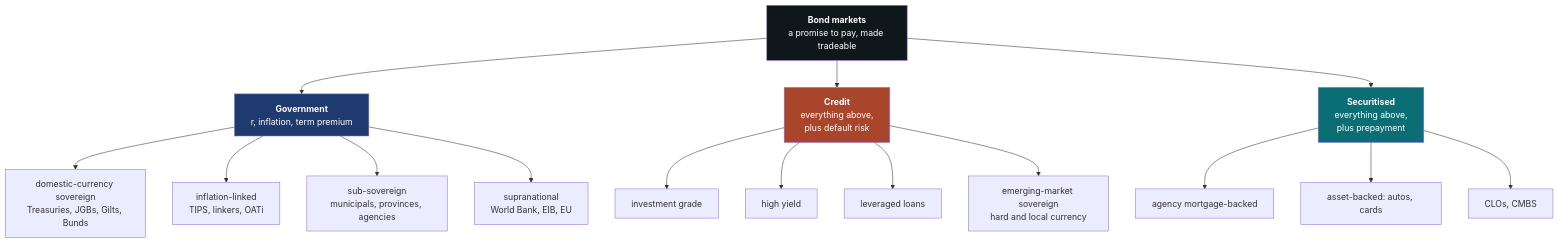
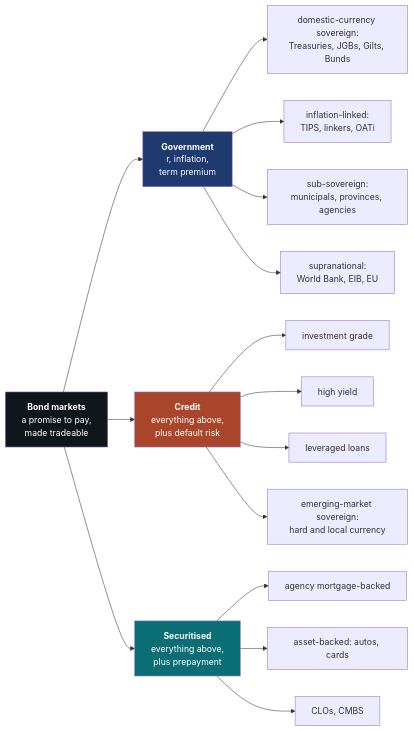
Before and after one commit to rmahfoud/quant-research: the third of 6 diagrams in bond_markets.md, drawn with Mermaid. The commit also changed other lines of this file and 19 other files, not shown here.

````diff
--- a/bond_markets.md
+++ b/bond_markets.md
@@ -798,22 +803,22 @@
 ```mermaid
-flowchart TB
-    ROOT["<b>Bond markets</b><br/>a promise to pay, made tradeable"]
-    ROOT --> GOV["<b>Government</b><br/>r, inflation, term premium"]
+flowchart LR
+    ROOT["<b>Bond markets</b><br/>a promise to pay,<br/>made tradeable"]
+    ROOT --> GOV["<b>Government</b><br/>r, inflation,<br/>term premium"]
     ROOT --> CRED["<b>Credit</b><br/>everything above,<br/>plus default risk"]
     ROOT --> STRUCT["<b>Securitised</b><br/>everything above,<br/>plus prepayment"]
-    GOV --> G1["domestic-currency sovereign<br/>Treasuries, JGBs, Gilts, Bunds"]
-    GOV --> G2["inflation-linked<br/>TIPS, linkers, OATi"]
-    GOV --> G3["sub-sovereign<br/>municipals, provinces, agencies"]
-    GOV --> G4["supranational<br/>World Bank, EIB, EU"]
+    GOV --> G1["domestic-currency sovereign:<br/>Treasuries, JGBs, Gilts, Bunds"]
+    GOV --> G2["inflation-linked:<br/>TIPS, linkers, OATi"]
+    GOV --> G3["sub-sovereign:<br/>municipals, provinces, agencies"]
+    GOV --> G4["supranational:<br/>World Bank, EIB, EU"]
     CRED --> C1["investment grade"]
     CRED --> C2["high yield"]
     CRED --> C3["leveraged loans"]
-    CRED --> C4["emerging-market sovereign<br/>hard and local currency"]
+    CRED --> C4["emerging-market sovereign:<br/>hard and local currency"]
     STRUCT --> S1["agency mortgage-backed"]
     STRUCT --> S2["asset-backed: autos, cards"]
     STRUCT --> S3["CLOs, CMBS"]
     style ROOT fill:#10171B,color:#fff
     style GOV fill:#1F3A6E,color:#fff
     style CRED fill:#A8452B,color:#fff
     style STRUCT fill:#0B6E75,color:#fff
 ```
````
